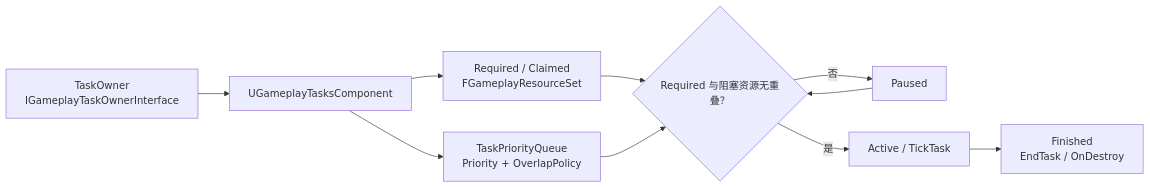
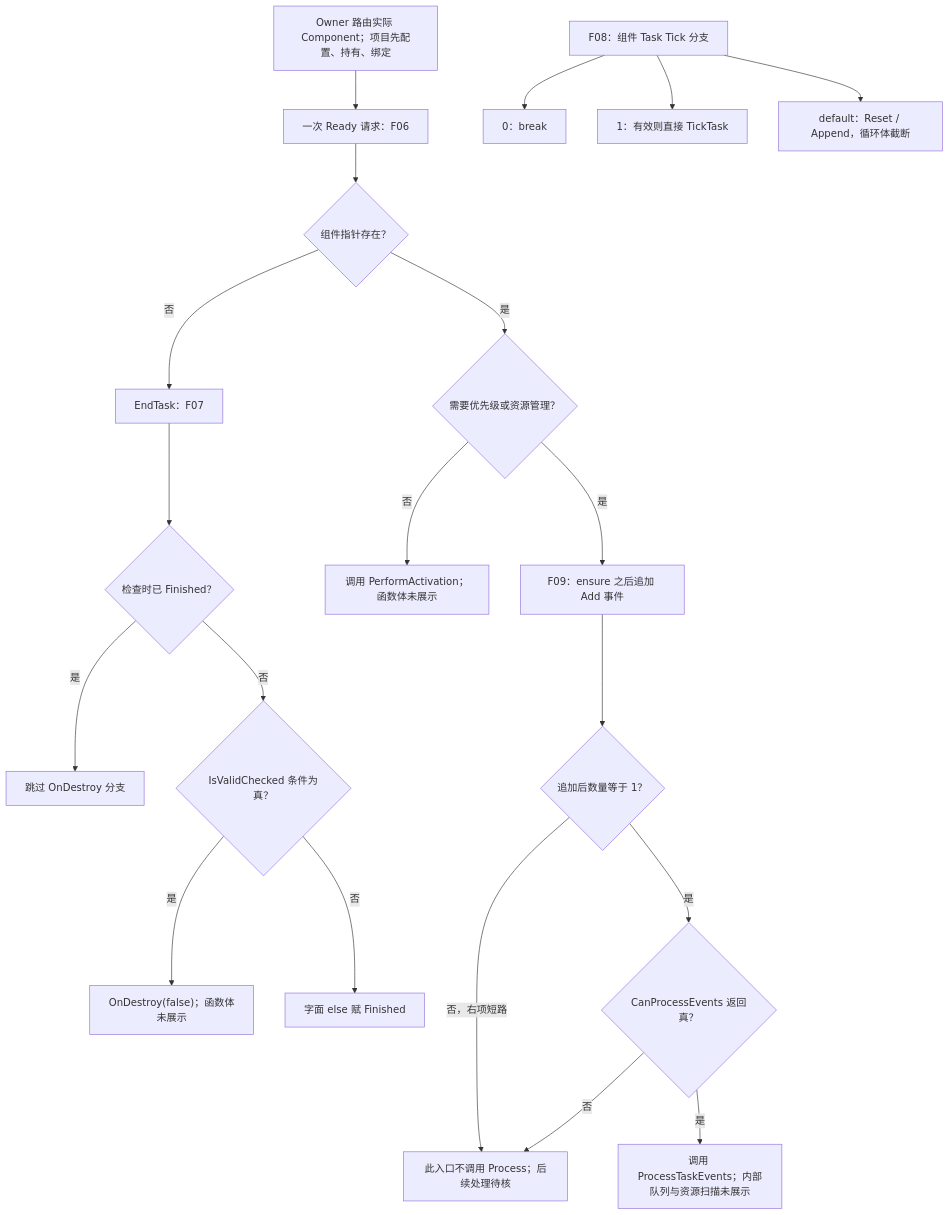
One commit to fantuan812/learning changed the diagram in 知识/05-Gameplay与交互系统/玩法架构与任务协作/29-GameplayTasks源码.md. Above: the diagram before and after it, drawn with Mermaid. The commit also changed other lines of this file and 2 other files, not shown here.

Commit message:
docs: 纠正 GameplayTasks 使用合同与源码分支解读

````diff
--- a/知识/05-Gameplay与交互系统/玩法架构与任务协作/29-GameplayTasks源码.md
+++ b/知识/05-Gameplay与交互系统/玩法架构与任务协作/29-GameplayTasks源码.md
@@ -228,12 +226,22 @@
 ```mermaid
-flowchart LR
-  O["TaskOwner<br/>IGameplayTaskOwnerInterface"] --> C["UGameplayTasksComponent"]
-  C --> R["Required / Claimed<br/>FGameplayResourceSet"]
-  C --> P["TaskPriorityQueue<br/>Priority + OverlapPolicy"]
-  R --> D{"Required 与阻塞资源无重叠？"}
-  P --> D
-  D -->|否| PA["Paused"]
-  D -->|是| A["Active / TickTask"]
-  PA --> D
-  A --> F["Finished<br/>EndTask / OnDestroy"]
+flowchart TD
+  O["Owner 路由实际 Component；项目先配置、持有、绑定"] --> R["一次 Ready 请求：F06"]
+  R --> C{"组件指针存在？"}
+  C -->|否| E["EndTask：F07"]
+  C -->|是| M{"需要优先级或资源管理？"}
+  M -->|否| A["调用 PerformActivation；函数体未展示"]
+  M -->|是| Q["F09：ensure 之后追加 Add 事件"]
+  Q --> N{"追加后数量等于 1？"}
+  N -->|否，右项短路| W["此入口不调用 Process；后续处理待核"]
+  N -->|是| P{"CanProcessEvents 返回真？"}
+  P -->|否| W
+  P -->|是| X["调用 ProcessTaskEvents；内部队列与资源扫描未展示"]
+  E --> F{"检查时已 Finished？"}
+  F -->|是| Z["跳过 OnDestroy 分支"]
+  F -->|否| V{"IsValidChecked 条件为真？"}
+  V -->|是| D["OnDestroy(false)；函数体未展示"]
+  V -->|否| S["字面 else 赋 Finished"]
+  T["F08：组件 Task Tick 分支"] --> T0["0：break"]
+  T --> T1["1：有效则直接 TickTask"]
+  T --> TN["default：Reset / Append，循环体截断"]
 ```
````
